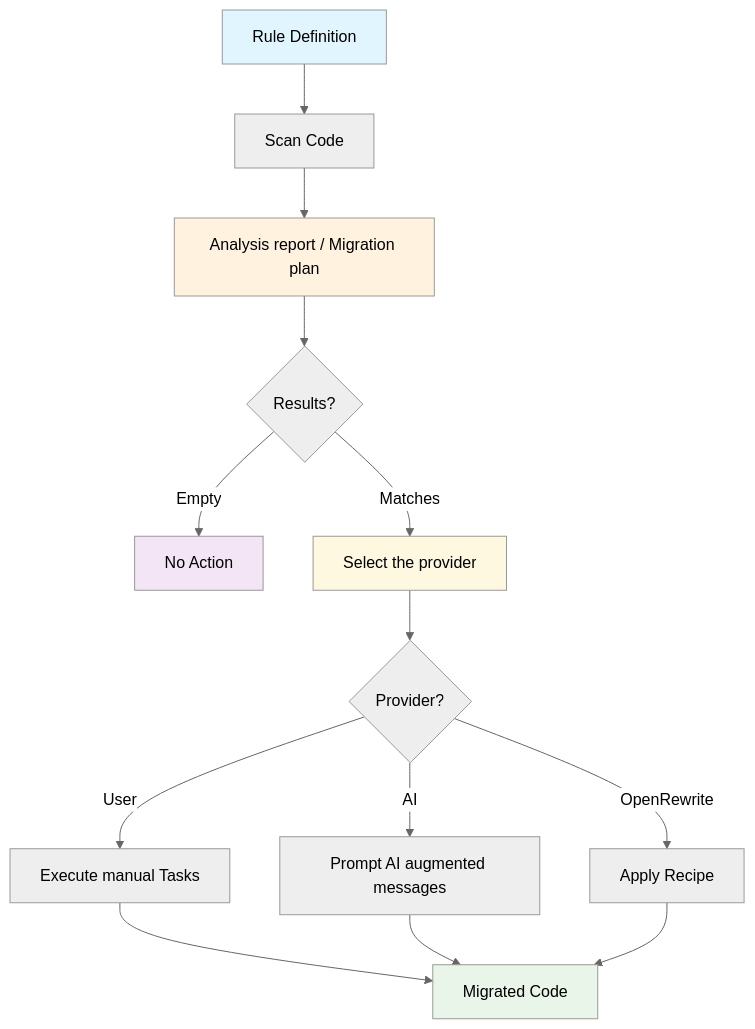
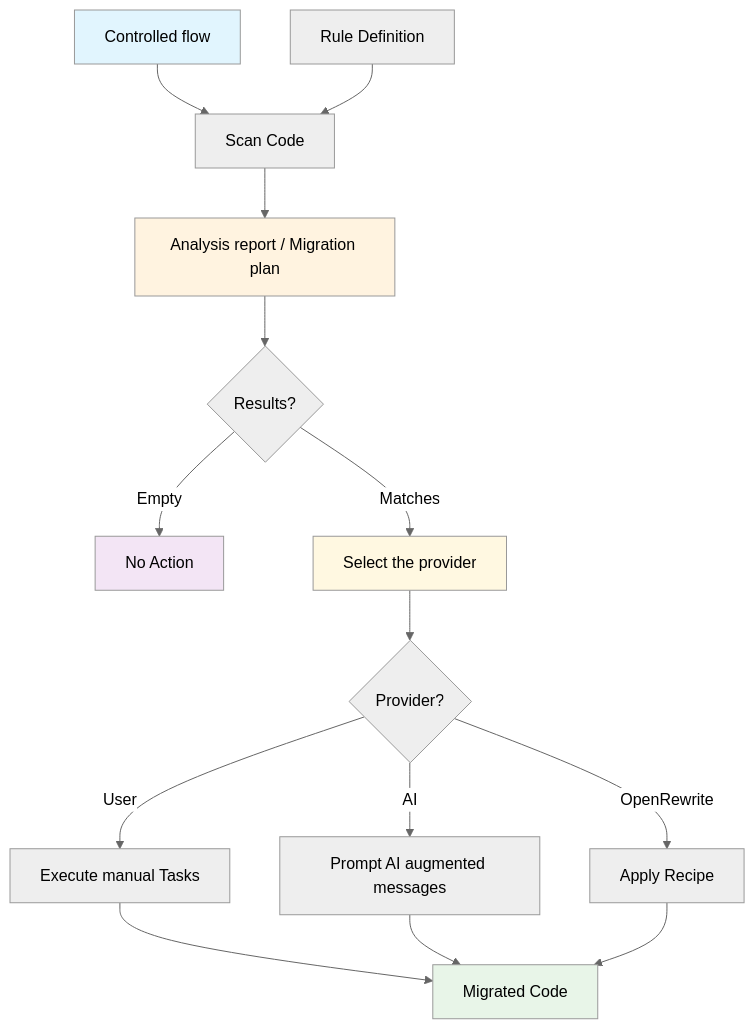
Before and after one commit to snowdrop/migration-tool: the diagram in README.md, drawn with Mermaid (neutral theme).

Commit message:
Review the mermaid flow

````diff
--- a/README.md
+++ b/README.md
@@ -11,21 +11,22 @@
 ```mermaid
 flowchart TD
-    A[Rule Definition] --> B[Scan Code]
+    A[Controlled flow] --> B[Scan Code]
+    A1[Rule Definition] --> B[Scan Code]
     B --> C[Analysis report / Migration plan]
     C --> D{Results?}
     D -->|Empty| E[No Action]
     D -->|Matches| F[Select the provider]
     F --> G{Provider?}
     G -->|User| H[Execute manual Tasks]
     G -->|AI| I[Prompt AI augmented messages]
     G -->|OpenRewrite| J[Apply Recipe]
     H --> K[Migrated Code]
     I --> K
     J --> K
 
     style A fill:#e1f5fe
     style C fill:#fff3e0
     style E fill:#f3e5f5
     style K fill:#e8f5e8
     style F fill:#fff8e1
 ```
````
